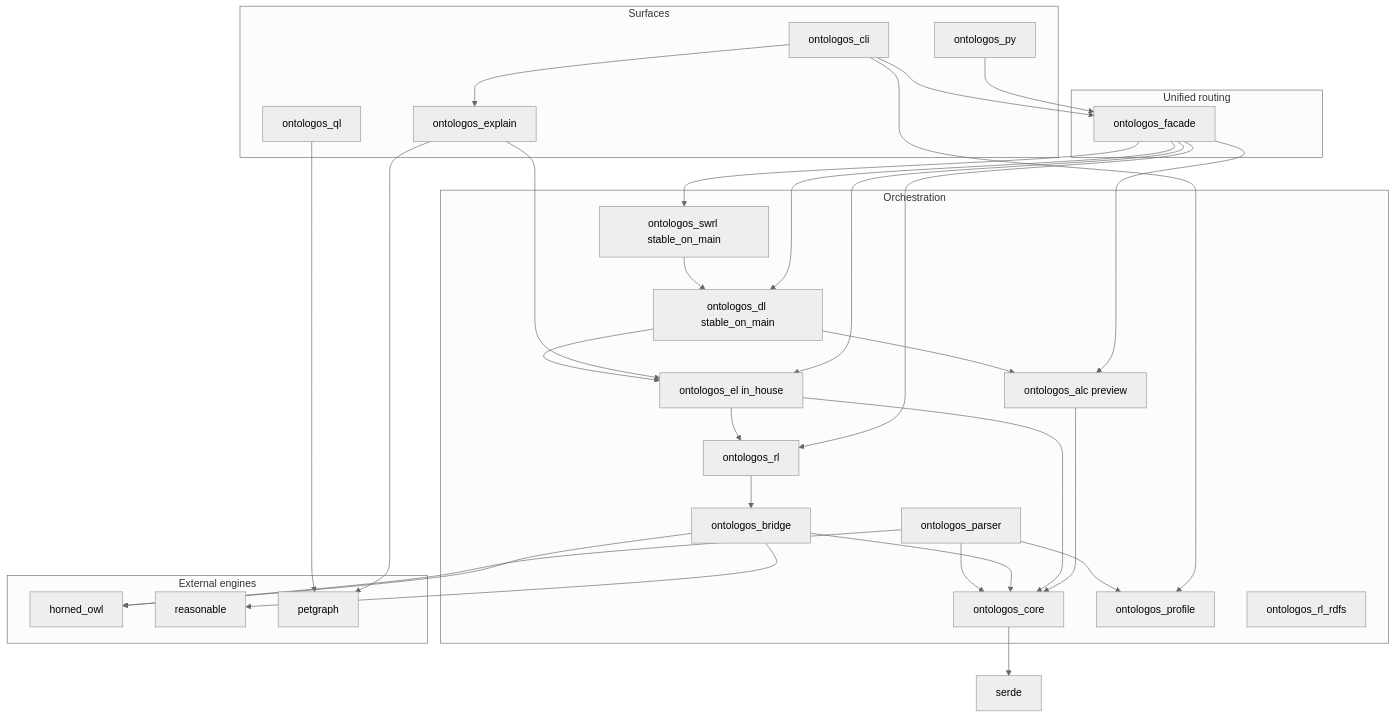
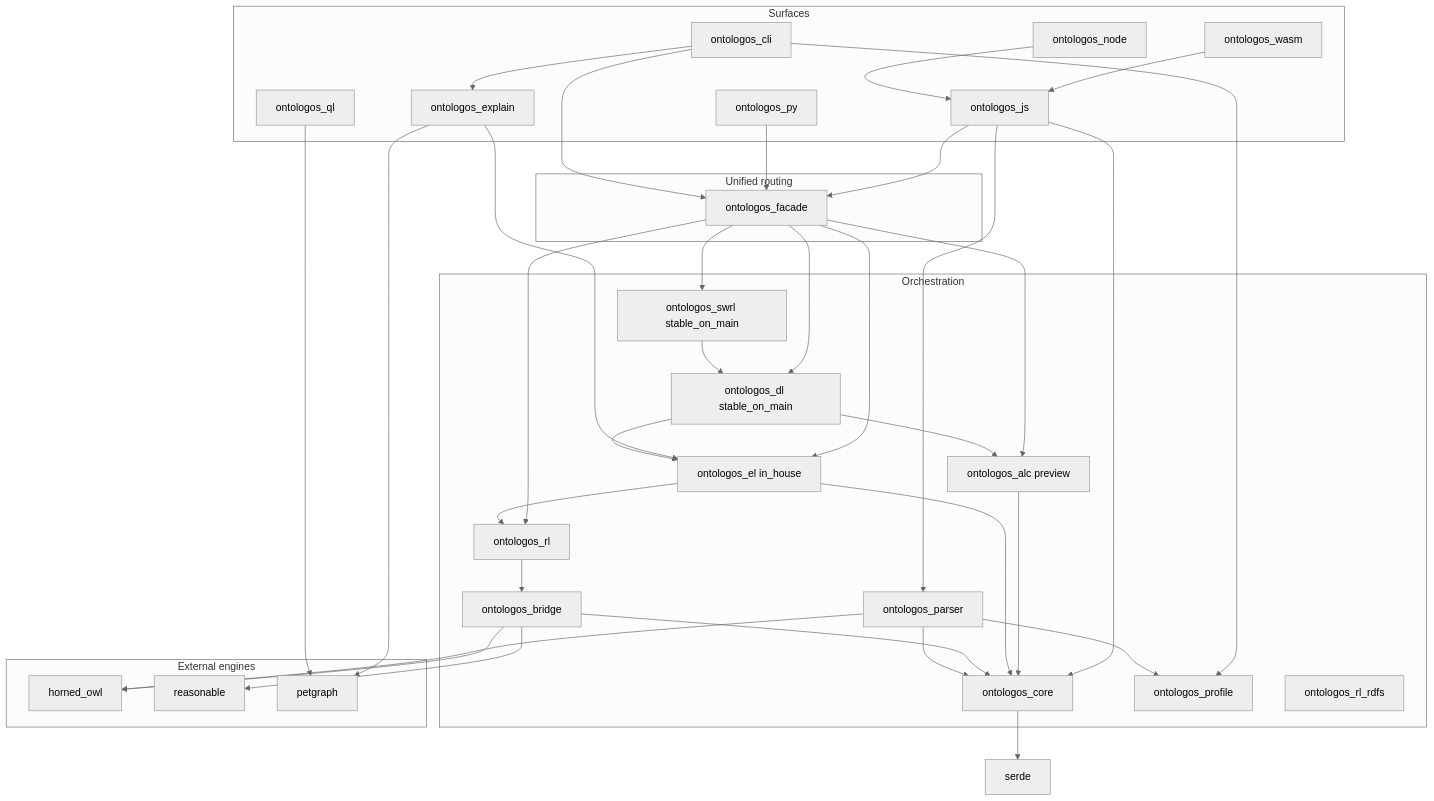
Before and after one commit to eddiethedean/ontologos: the first of 2 diagrams in docs/architecture.md, drawn with Mermaid (neutral theme). The commit also changed other lines of this file and 40 other files, not shown here.

First line of the commit message:
Add hardened JS/WASM/Node bindings with security parity and CI coverage.

````diff
--- a/docs/architecture.md
+++ b/docs/architecture.md
@@ -7,59 +7,67 @@
 ```mermaid
 flowchart TB
   subgraph surfaces [Surfaces]
     cli[ontologos_cli]
     py[ontologos_py]
+    js[ontologos_js]
+    node[ontologos_node]
+    wasm[ontologos_wasm]
     query[ontologos_ql]
     explain[ontologos_explain]
   end
 
   subgraph routing [Unified routing]
     facade[ontologos_facade]
   end
 
   subgraph orchestration [Orchestration]
     core[ontologos_core]
     parser[ontologos_parser]
     profile[ontologos_profile]
     bridge[ontologos_bridge]
     rdfs[ontologos_rl_rdfs]
     rl[ontologos_rl]
     el[ontologos_el in_house]
     alc[ontologos_alc preview]
     dl[ontologos_dl stable_on_main]
     swrl[ontologos_swrl stable_on_main]
   end
 
   subgraph external [External engines]
     horned[horned_owl]
     reasonable[reasonable]
     petgraph[petgraph]
   end
 
   parser --> horned
   parser --> core
   parser --> profile
   bridge --> horned
   bridge --> reasonable
   bridge --> core
   el --> core
   el --> rl
   alc --> core
   dl --> el
   dl --> alc
   swrl --> dl
   rl --> bridge
   query --> petgraph
   explain --> petgraph
   explain --> el
   facade --> el
   facade --> rl
   facade --> alc
   facade --> dl
   facade --> swrl
   cli --> facade
   cli --> profile
   cli --> explain
   py --> facade
+  js --> facade
+  js --> parser
+  js --> core
+  node --> js
+  wasm --> js
   core --> serde
 ```
````
